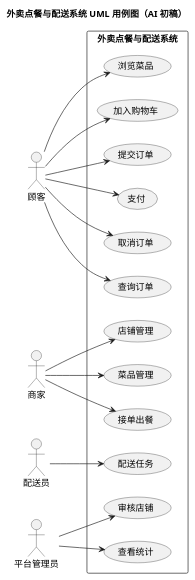
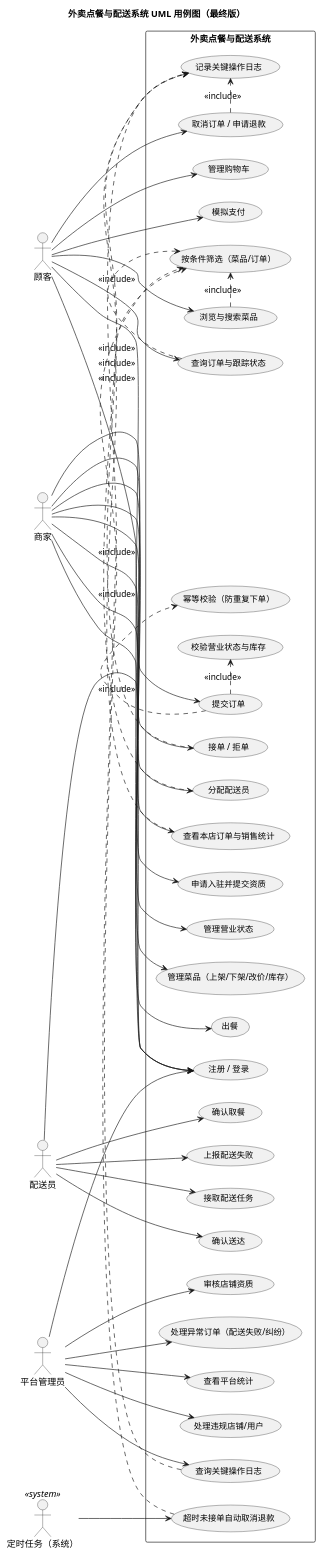
The diagram in 实验2/UML/UML用例图.puml (JZCTX/SEpa2026), drawn with PlantUML before and after one commit. The commit also changed 26 other files, not shown here.

Commit message:
lab2: 人工审查与修改（补全类图/状态机/异常时序，完成 8 个 UI 与 AI 使用记录）

```diff
--- a/实验2/UML/UML用例图.puml
+++ b/实验2/UML/UML用例图.puml
@@ -1,43 +1,95 @@
 @startuml
 left to right direction
 skinparam defaultFontName "Microsoft YaHei"
 skinparam backgroundColor #FFFFFF
 skinparam shadowing false
+skinparam usecaseFontSize 13
 skinparam packageStyle rectangle
 
-title 外卖点餐与配送系统 UML 用例图（AI 初稿）
+title 外卖点餐与配送系统 UML 用例图（最终版）
 
 actor "顾客" as C
 actor "商家" as M
 actor "配送员" as D
 actor "平台管理员" as A
+actor "定时任务（系统）" as T <<system>>
 
 rectangle "外卖点餐与配送系统" {
-  usecase "浏览菜品" as UC1
-  usecase "加入购物车" as UC2
-  usecase "提交订单" as UC3
-  usecase "支付" as UC4
-  usecase "取消订单" as UC5
-  usecase "查询订单" as UC6
-  usecase "店铺管理" as UC7
-  usecase "菜品管理" as UC8
-  usecase "接单出餐" as UC9
-  usecase "配送任务" as UC10
-  usecase "审核店铺" as UC11
-  usecase "查看统计" as UC12
+  usecase "注册 / 登录" as UC01
+  usecase "浏览与搜索菜品" as UC02
+  usecase "管理购物车" as UC03
+  usecase "提交订单" as UC04
+  usecase "模拟支付" as UC05
+  usecase "取消订单 / 申请退款" as UC06
+  usecase "查询订单与跟踪状态" as UC07
+  usecase "按条件筛选（菜品/订单）" as UC08
+
+  usecase "申请入驻并提交资质" as UC10
+  usecase "管理营业状态" as UC11
+  usecase "管理菜品（上架/下架/改价/库存）" as UC12
+  usecase "接单 / 拒单" as UC13
+  usecase "出餐" as UC14
+  usecase "分配配送员" as UC15
+  usecase "查看本店订单与销售统计" as UC16
+
+  usecase "接取配送任务" as UC20
+  usecase "确认取餐" as UC21
+  usecase "确认送达" as UC22
+  usecase "上报配送失败" as UC23
+
+  usecase "审核店铺资质" as UC30
+  usecase "处理异常订单（配送失败/纠纷）" as UC31
+  usecase "查看平台统计" as UC32
+  usecase "查询关键操作日志" as UC33
+  usecase "处理违规店铺/用户" as UC34
+
+  usecase "校验营业状态与库存" as UC40
+  usecase "幂等校验（防重复下单）" as UC41
+  usecase "超时未接单自动取消退款" as UC42
+  usecase "记录关键操作日志" as UC43
 }
 
-C --> UC1
-C --> UC2
-C --> UC3
-C --> UC4
-C --> UC5
-C --> UC6
-M --> UC7
-M --> UC8
-M --> UC9
-D --> UC10
-A --> UC11
-A --> UC12
+C --> UC01
+C --> UC02
+C --> UC03
+C --> UC04
+C --> UC05
+C --> UC06
+C --> UC07
+
+M --> UC01
+M --> UC10
+M --> UC11
+M --> UC12
+M --> UC13
+M --> UC14
+M --> UC15
+M --> UC16
+
+D --> UC01
+D --> UC20
+D --> UC21
+D --> UC22
+D --> UC23
+
+A --> UC01
+A --> UC30
+A --> UC31
+A --> UC32
+A --> UC33
+A --> UC34
+
+T --> UC42
+
+UC02 .> UC08 : <<include>>
+UC07 .> UC08 : <<include>>
+UC04 .> UC40 : <<include>>
+UC04 .> UC41 : <<include>>
+UC06 .> UC43 : <<include>>
+UC13 .> UC43 : <<include>>
+UC15 .> UC43 : <<include>>
+UC16 .> UC08 : <<include>>
+UC33 .> UC08 : <<include>>
+UC42 .> UC43 : <<include>>
 
 @enduml
```
